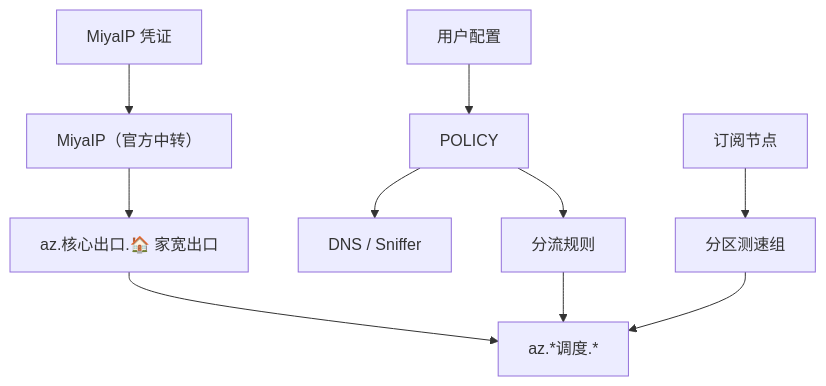
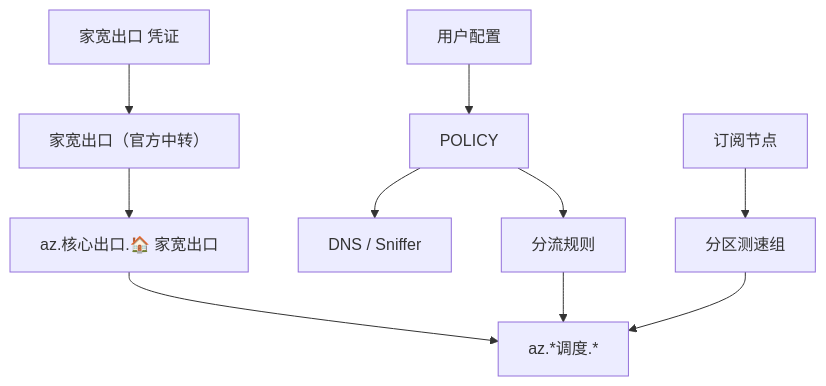
Before and after one commit to andrew-zyf/clash-override-home-broadband-chain-proxy: the diagram in README.md, drawn with Mermaid. The commit also changed other lines of this file and 3 other files, not shown here.

````diff
--- a/README.md
+++ b/README.md
@@ -97,12 +94,12 @@
 ```mermaid
 flowchart TD
   A["用户配置"] --> B["POLICY"]
   B --> C["DNS / Sniffer"]
   B --> D["分流规则"]
-  E["MiyaIP 凭证"] --> F["MiyaIP（官方中转）"]
+  E["家宽出口 凭证"] --> F["家宽出口（官方中转）"]
   F --> G["az.核心出口.🏠 家宽出口"]
   H["订阅节点"] --> I["分区测速组"]
   G --> J["az.*调度.*"]
   I --> J
   D --> J
 ```
````
